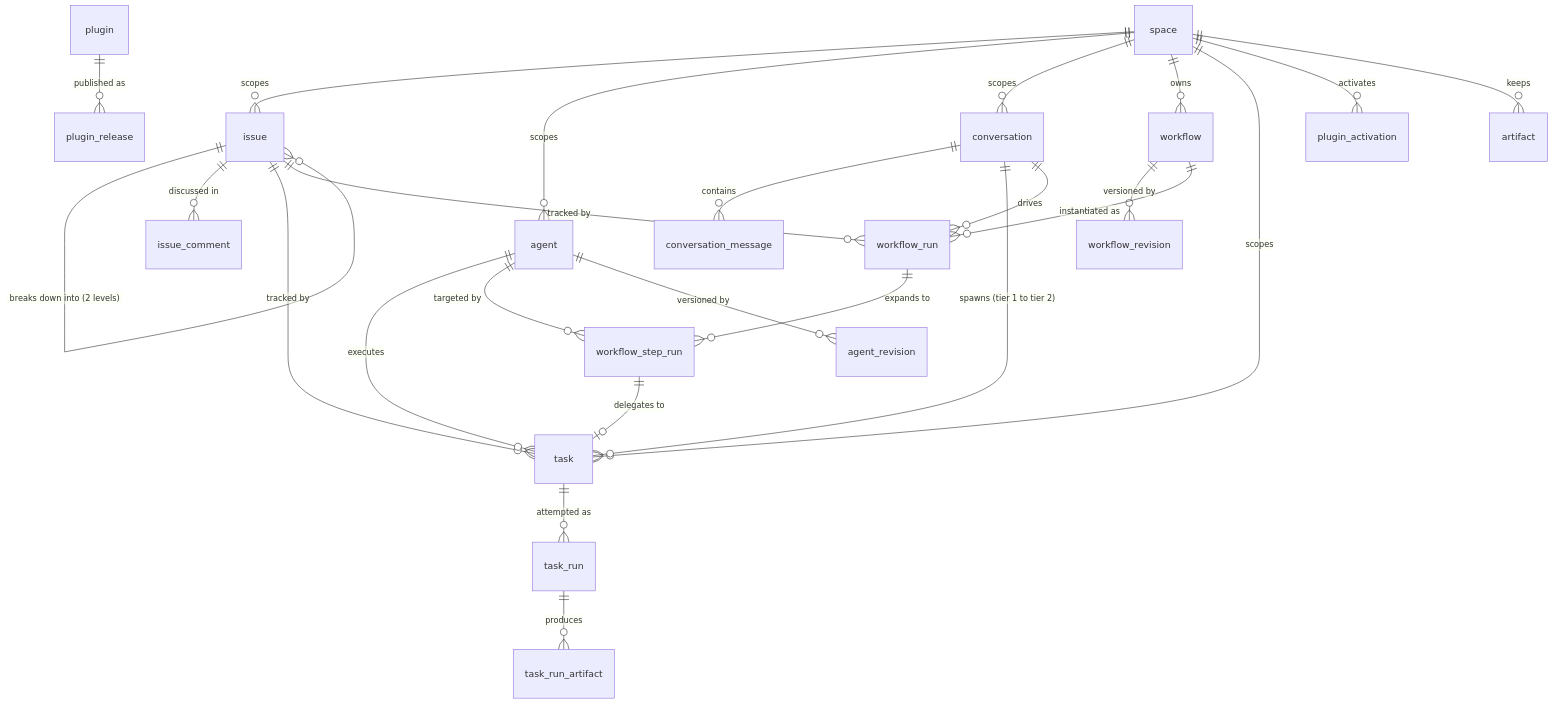
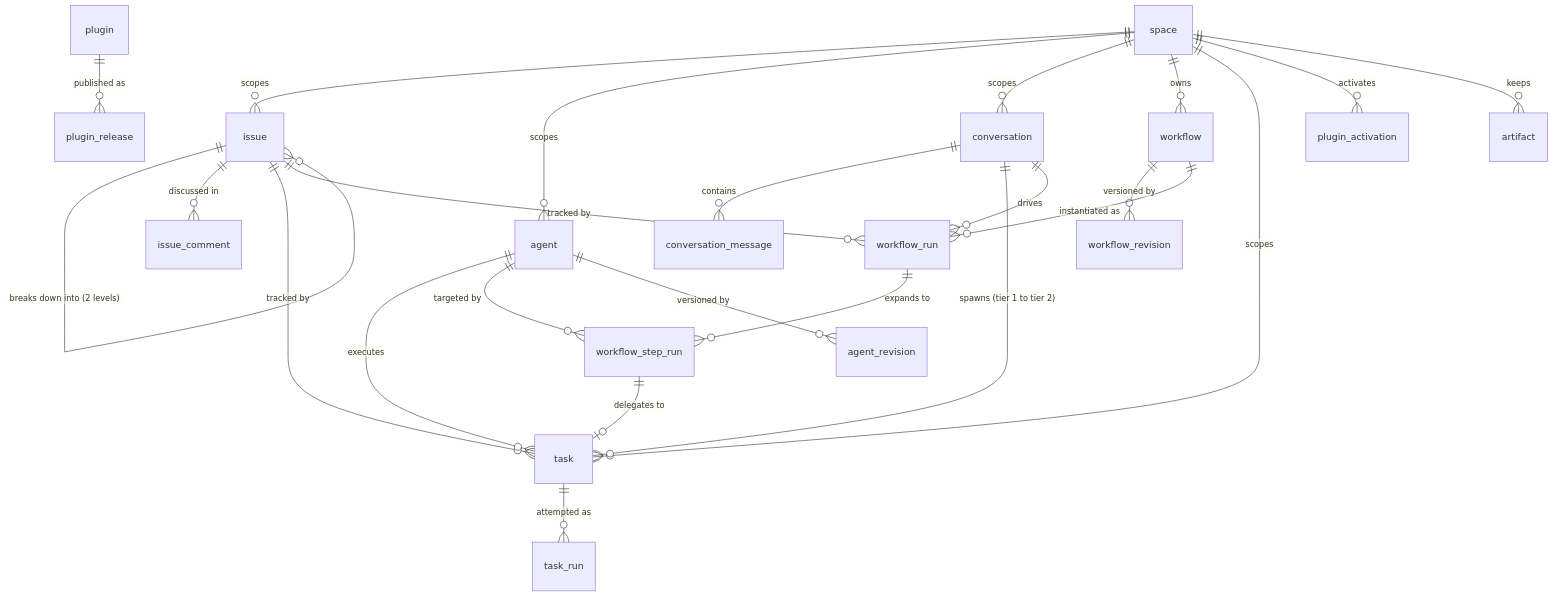
Before and after one commit to gougoujiang/buildmax: the first of 2 diagrams in docs/contribute/architecture/data-model.md, drawn with Mermaid. The commit also changed other lines of this file and 68 other files, not shown here.

````diff
--- a/docs/contribute/architecture/data-model.md
+++ b/docs/contribute/architecture/data-model.md
@@ -104,34 +104,33 @@
 ```mermaid
 erDiagram
     space ||--o{ issue : scopes
     space ||--o{ agent : scopes
     space ||--o{ conversation : scopes
     space ||--o{ workflow : owns
     space ||--o{ task : scopes
 
     conversation ||--o{ conversation_message : contains
     conversation ||--o{ task : "spawns (tier 1 to tier 2)"
     conversation ||--o{ workflow_run : drives
 
     issue ||--o{ issue : "breaks down into (2 levels)"
     issue ||--o{ issue_comment : "discussed in"
     issue ||--o{ task : "tracked by"
     issue ||--o{ workflow_run : "tracked by"
 
     agent ||--o{ task : executes
     agent ||--o{ workflow_step_run : "targeted by"
     agent ||--o{ agent_revision : "versioned by"
     workflow ||--o{ workflow_revision : "versioned by"
 
     plugin ||--o{ plugin_release : "published as"
     space ||--o{ plugin_activation : activates
 
     task ||--o{ task_run : "attempted as"
-    task_run ||--o{ task_run_artifact : produces
 
     space ||--o{ artifact : keeps
 
     workflow ||--o{ workflow_run : "instantiated as"
     workflow_run ||--o{ workflow_step_run : "expands to"
     workflow_step_run ||--o| task : "delegates to"
 ```
````
